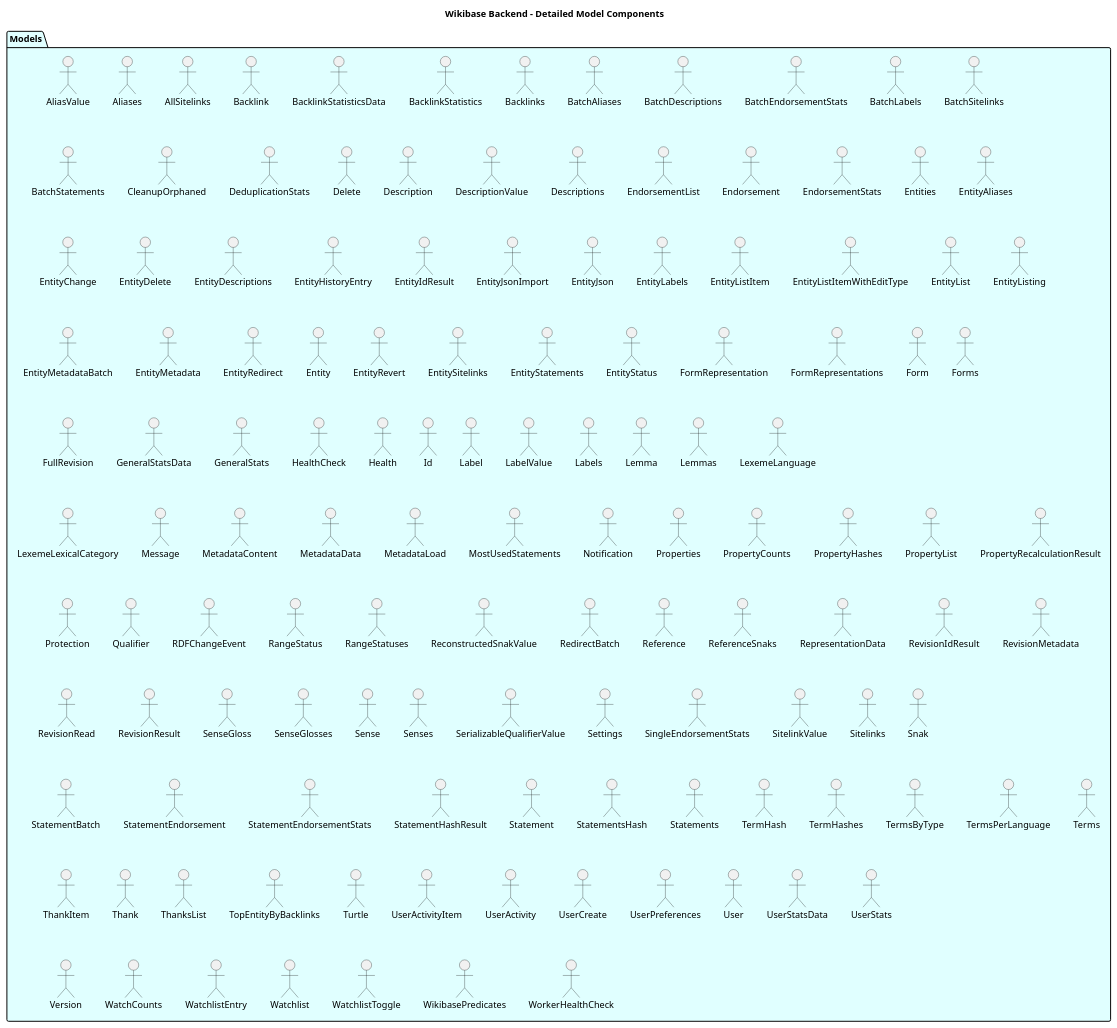
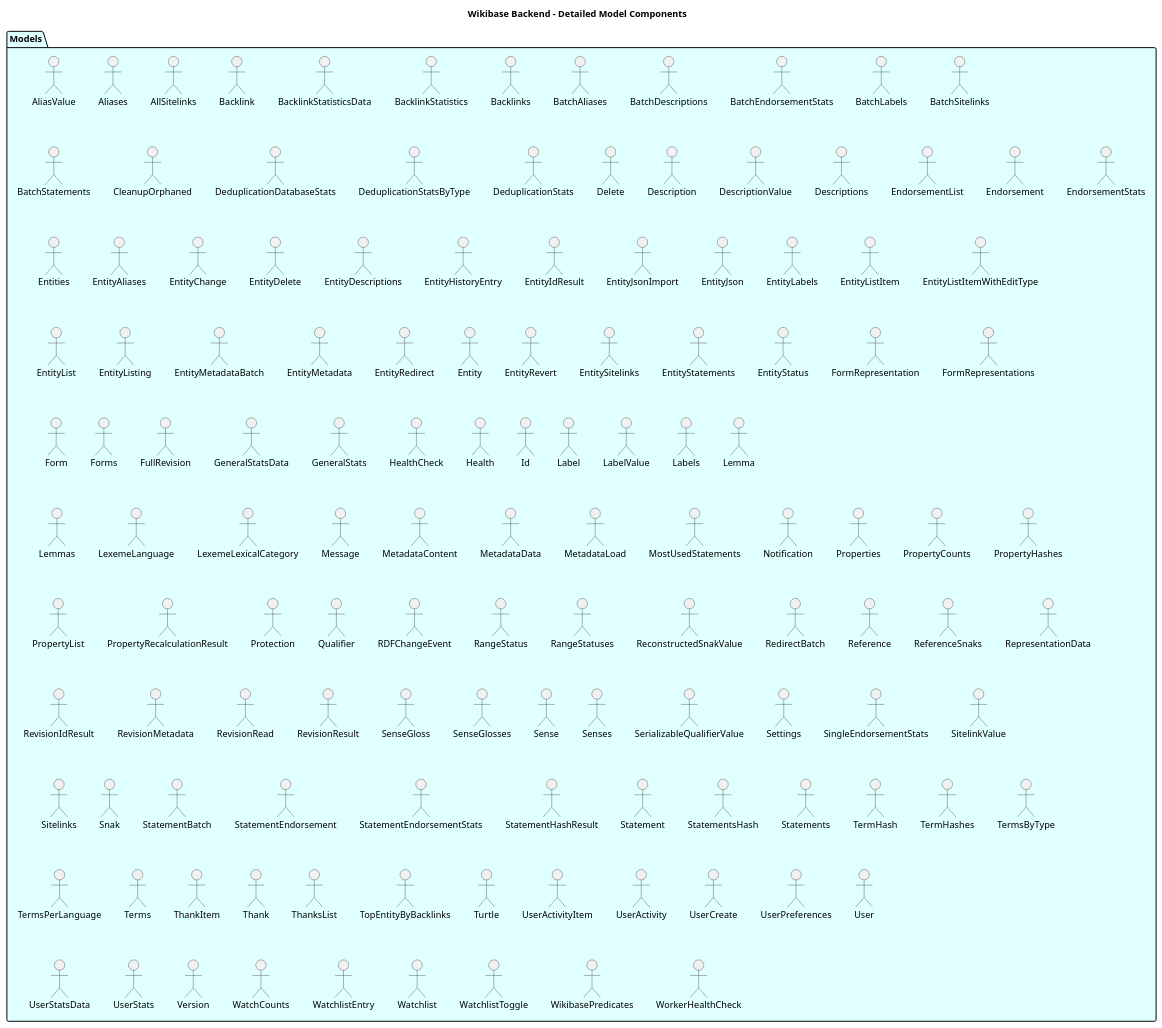
Before and after one commit to dpriskorn/entitybase-backend: the diagram in docs/DIAGRAMS/detailed_model_components.puml, drawn with PlantUML. The commit also changed 14 other files, not shown here.

```diff
--- a/docs/DIAGRAMS/detailed_model_components.puml
+++ b/docs/DIAGRAMS/detailed_model_components.puml
@@ -1,135 +1,138 @@
 @startuml Detailed Model Components
 
 title Wikibase Backend - Detailed Model Components
 
 package "Models" as Models #LightCyan {
     "AliasValue" as AliasValue
     "Aliases" as AliasesResponse
     "AllSitelinks" as AllSitelinksResponse
     "Backlink" as BacklinkResponse
     "BacklinkStatisticsData" as BacklinkStatisticsData
     "BacklinkStatistics" as BacklinkStatisticsResponse
     "Backlinks" as BacklinksResponse
     "BatchAliases" as BatchAliasesResponse
     "BatchDescriptions" as BatchDescriptionsResponse
     "BatchEndorsementStats" as BatchEndorsementStatsResponse
     "BatchLabels" as BatchLabelsResponse
     "BatchSitelinks" as BatchSitelinksResponse
     "BatchStatements" as BatchStatementsResponse
     "CleanupOrphaned" as CleanupOrphanedResponse
+    "DeduplicationDatabaseStats" as DeduplicationDatabaseStatsResponse
+    "DeduplicationStatsByType" as DeduplicationStatsByType
+    "DeduplicationStats" as DeduplicationStatsResponse
     "DeduplicationStats" as DeduplicationStatsResponse
     "Delete" as DeleteResponse
     "Description" as DescriptionResponse
     "DescriptionValue" as DescriptionValue
     "Descriptions" as DescriptionsResponse
     "EndorsementList" as EndorsementListResponse
     "Endorsement" as EndorsementResponse
     "EndorsementStats" as EndorsementStatsResponse
     "Entities" as EntitiesResponse
     "EntityAliases" as EntityAliasesResponse
     "EntityChange" as EntityChange
     "EntityDelete" as EntityDeleteResponse
     "EntityDescriptions" as EntityDescriptionsResponse
     "EntityHistoryEntry" as EntityHistoryEntry
     "EntityIdResult" as EntityIdResult
     "EntityJsonImport" as EntityJsonImportResponse
     "EntityJson" as EntityJsonResponse
     "EntityLabels" as EntityLabelsResponse
     "EntityListItem" as EntityListItem
     "EntityListItemWithEditType" as EntityListItemWithEditType
     "EntityList" as EntityListResponse
     "EntityListing" as EntityListing
     "EntityMetadataBatch" as EntityMetadataBatchResponse
     "EntityMetadata" as EntityMetadataResponse
     "EntityRedirect" as EntityRedirectResponse
     "Entity" as EntityResponse
     "EntityRevert" as EntityRevertResponse
     "EntitySitelinks" as EntitySitelinksResponse
     "EntityStatements" as EntityStatementsResponse
     "EntityStatus" as EntityStatusResponse
     "FormRepresentation" as FormRepresentationResponse
     "FormRepresentations" as FormRepresentationsResponse
     "Form" as FormResponse
     "Forms" as FormsResponse
     "FullRevision" as FullRevisionResponse
     "GeneralStatsData" as GeneralStatsData
     "GeneralStats" as GeneralStatsResponse
     "HealthCheck" as HealthCheckResponse
     "Health" as HealthResponse
     "Id" as IdResponse
     "Label" as LabelResponse
     "LabelValue" as LabelValue
     "Labels" as LabelsResponse
     "Lemma" as LemmaResponse
     "Lemmas" as LemmasResponse
     "LexemeLanguage" as LexemeLanguageResponse
     "LexemeLexicalCategory" as LexemeLexicalCategoryResponse
     "Message" as MessageResponse
     "MetadataContent" as MetadataContent
     "MetadataData" as MetadataData
     "MetadataLoad" as MetadataLoadResponse
     "MostUsedStatements" as MostUsedStatementsResponse
     "Notification" as NotificationResponse
     "Properties" as PropertiesResponse
     "PropertyCounts" as PropertyCountsResponse
     "PropertyHashes" as PropertyHashesResponse
     "PropertyList" as PropertyListResponse
     "PropertyRecalculationResult" as PropertyRecalculationResult
     "Protection" as ProtectionResponse
     "Qualifier" as QualifierResponse
     "RDFChangeEvent" as RDFChangeEvent
     "RangeStatus" as RangeStatus
     "RangeStatuses" as RangeStatuses
     "ReconstructedSnakValue" as ReconstructedSnakValue
     "RedirectBatch" as RedirectBatchResponse
     "Reference" as ReferenceResponse
     "ReferenceSnaks" as ReferenceSnaks
     "RepresentationData" as RepresentationData
     "RevisionIdResult" as RevisionIdResult
     "RevisionMetadata" as RevisionMetadataResponse
     "RevisionRead" as RevisionReadResponse
     "RevisionResult" as RevisionResult
     "SenseGloss" as SenseGlossResponse
     "SenseGlosses" as SenseGlossesResponse
     "Sense" as SenseResponse
     "Senses" as SensesResponse
     "SerializableQualifierValue" as SerializableQualifierValue
     "Settings" as SettingsResponse
     "SingleEndorsementStats" as SingleEndorsementStatsResponse
     "SitelinkValue" as SitelinkValue
     "Sitelinks" as SitelinksResponse
     "Snak" as SnakResponse
     "StatementBatch" as StatementBatchResponse
     "StatementEndorsement" as StatementEndorsementResponse
     "StatementEndorsementStats" as StatementEndorsementStats
     "StatementHashResult" as StatementHashResult
     "Statement" as StatementResponse
     "StatementsHash" as StatementsHashResponse
     "Statements" as StatementsResponse
     "TermHash" as TermHashResponse
     "TermHashes" as TermHashesResponse
     "TermsByType" as TermsByType
     "TermsPerLanguage" as TermsPerLanguage
     "Terms" as TermsResponse
     "ThankItem" as ThankItemResponse
     "Thank" as ThankResponse
     "ThanksList" as ThanksListResponse
     "TopEntityByBacklinks" as TopEntityByBacklinks
     "Turtle" as TurtleResponse
     "UserActivityItem" as UserActivityItemResponse
     "UserActivity" as UserActivityResponse
     "UserCreate" as UserCreateResponse
     "UserPreferences" as UserPreferencesResponse
     "User" as UserResponse
     "UserStatsData" as UserStatsData
     "UserStats" as UserStatsResponse
     "Version" as VersionResponse
     "WatchCounts" as WatchCounts
     "WatchlistEntry" as WatchlistEntryResponse
     "Watchlist" as WatchlistResponse
     "WatchlistToggle" as WatchlistToggleResponse
     "WikibasePredicates" as WikibasePredicatesResponse
     "WorkerHealthCheck" as WorkerHealthCheckResponse
 }
 
 @enduml
```
